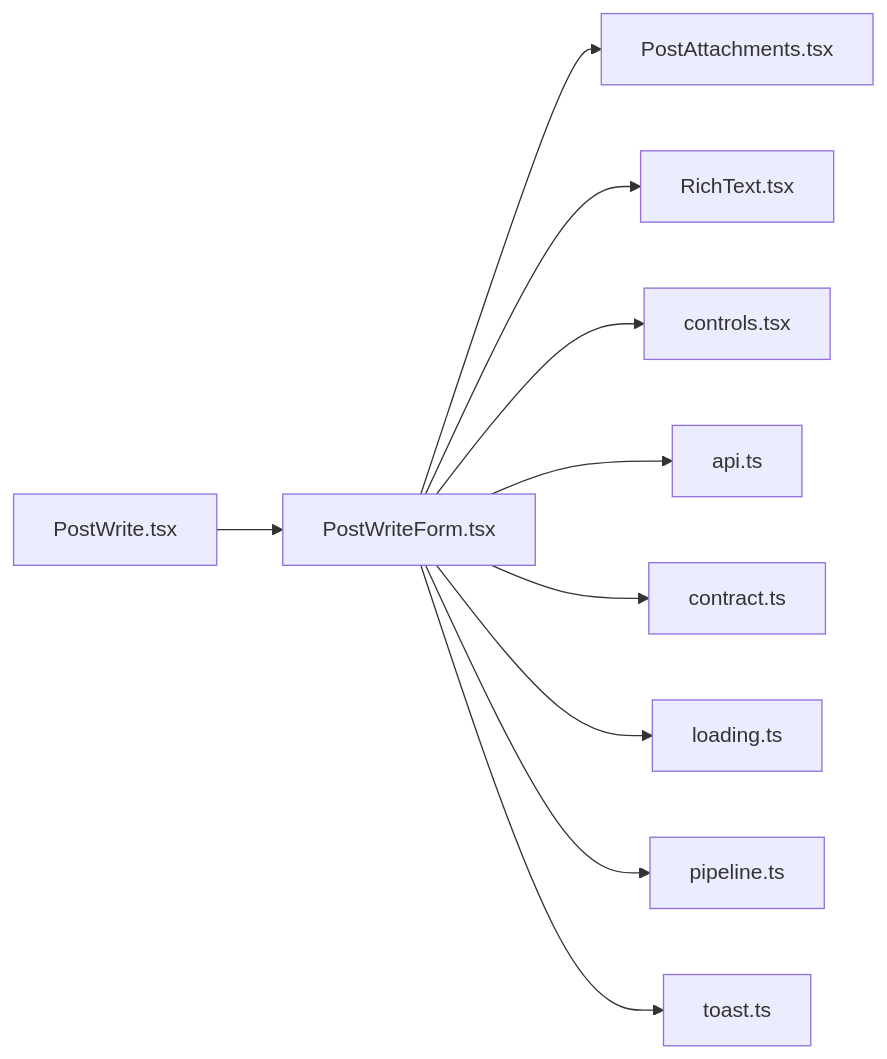
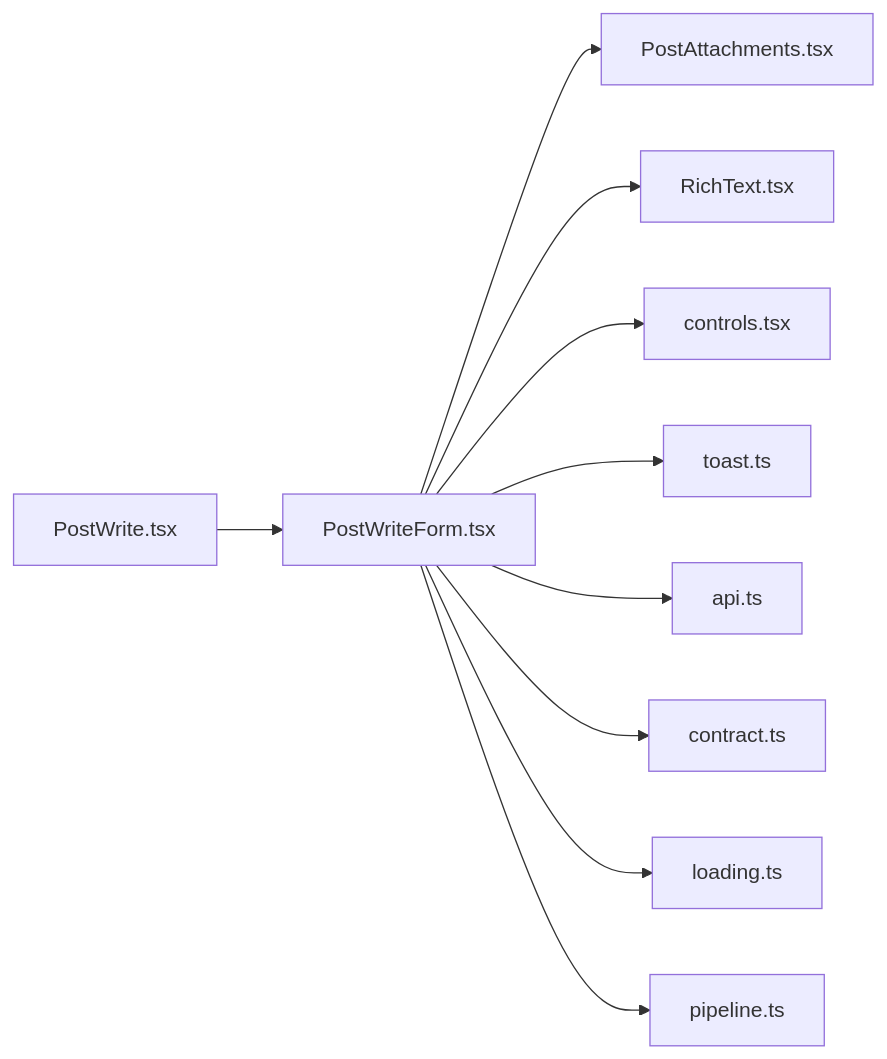
The diagram in .cluedoc/graph/frontend/src/components/PostWriteForm.md (minkong-dev/Banblit), drawn with Mermaid before and after one commit. The commit also changed other lines of this file and 47 other files, not shown here.

Commit message:
frontend: move toast into components

````diff
--- a/.cluedoc/graph/frontend/src/components/PostWriteForm.md
+++ b/.cluedoc/graph/frontend/src/components/PostWriteForm.md
@@ -10,13 +10,13 @@
 ```mermaid
 flowchart LR
   frontend_src_components_PostWriteForm["PostWriteForm.tsx"]
   frontend_src_components_PostWriteForm --> frontend_src_components_PostAttachments["PostAttachments.tsx"]
   frontend_src_components_PostWriteForm --> frontend_src_components_RichText["RichText.tsx"]
   frontend_src_components_PostWriteForm --> frontend_src_components_controls["controls.tsx"]
+  frontend_src_components_PostWriteForm --> frontend_src_components_toast["toast.ts"]
   frontend_src_components_PostWriteForm --> frontend_src_lib_api["api.ts"]
   frontend_src_components_PostWriteForm --> frontend_src_lib_contract["contract.ts"]
   frontend_src_components_PostWriteForm --> frontend_src_lib_loading["loading.ts"]
   frontend_src_components_PostWriteForm --> frontend_src_lib_pipeline["pipeline.ts"]
-  frontend_src_components_PostWriteForm --> frontend_src_lib_toast["toast.ts"]
   frontend_src_routes_PostWrite["PostWrite.tsx"] --> frontend_src_components_PostWriteForm
 ```
````
